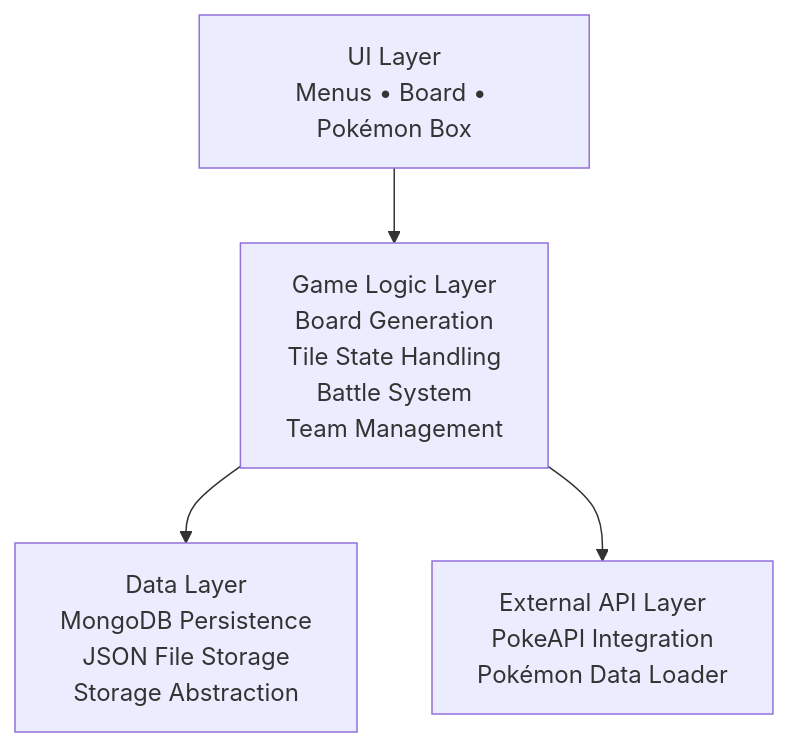
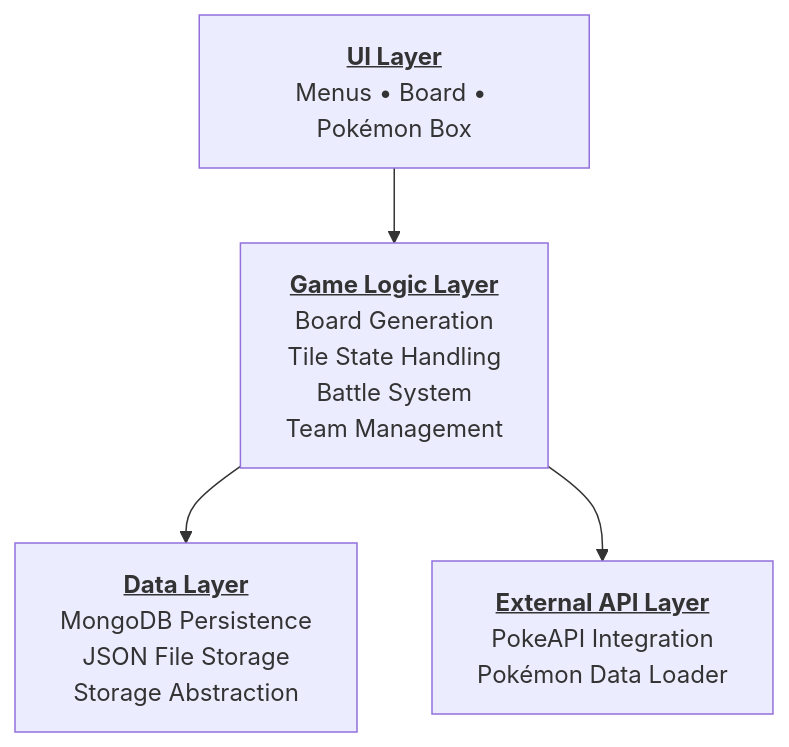
One commit to asanders005/PokemonSweeper changed the diagram in README.md. Above: the diagram before and after it, drawn with Mermaid.

Commit message:
Enhance README.md with bold and underline formatting

````diff
--- a/README.md
+++ b/README.md
@@ -124,15 +124,15 @@
 ```mermaid
 flowchart TD
 
-UI[UI Layer<br/>Menus • Board • Pokémon Box]
+UI[<b><u>UI Layer</u></b><br/>Menus • Board • Pokémon Box]
 
-Logic[Game Logic Layer<br/>Board Generation<br/>Tile State Handling<br/>Battle System<br/>Team Management]
+Logic[<b><u>Game Logic Layer</u></b><br/>Board Generation<br/>Tile State Handling<br/>Battle System<br/>Team Management]
 
-Data[Data Layer<br/>MongoDB Persistence<br/>JSON File Storage<br/>Storage Abstraction]
+Data[<b><u>Data Layer</u></b><br/>MongoDB Persistence<br/>JSON File Storage<br/>Storage Abstraction]
 
-API[External API Layer<br/>PokeAPI Integration<br/>Pokémon Data Loader]
+API[<b><u>External API Layer</u></b><br/>PokeAPI Integration<br/>Pokémon Data Loader]
 
 UI --> Logic
 Logic --> Data
 Logic --> API
 ```
````
